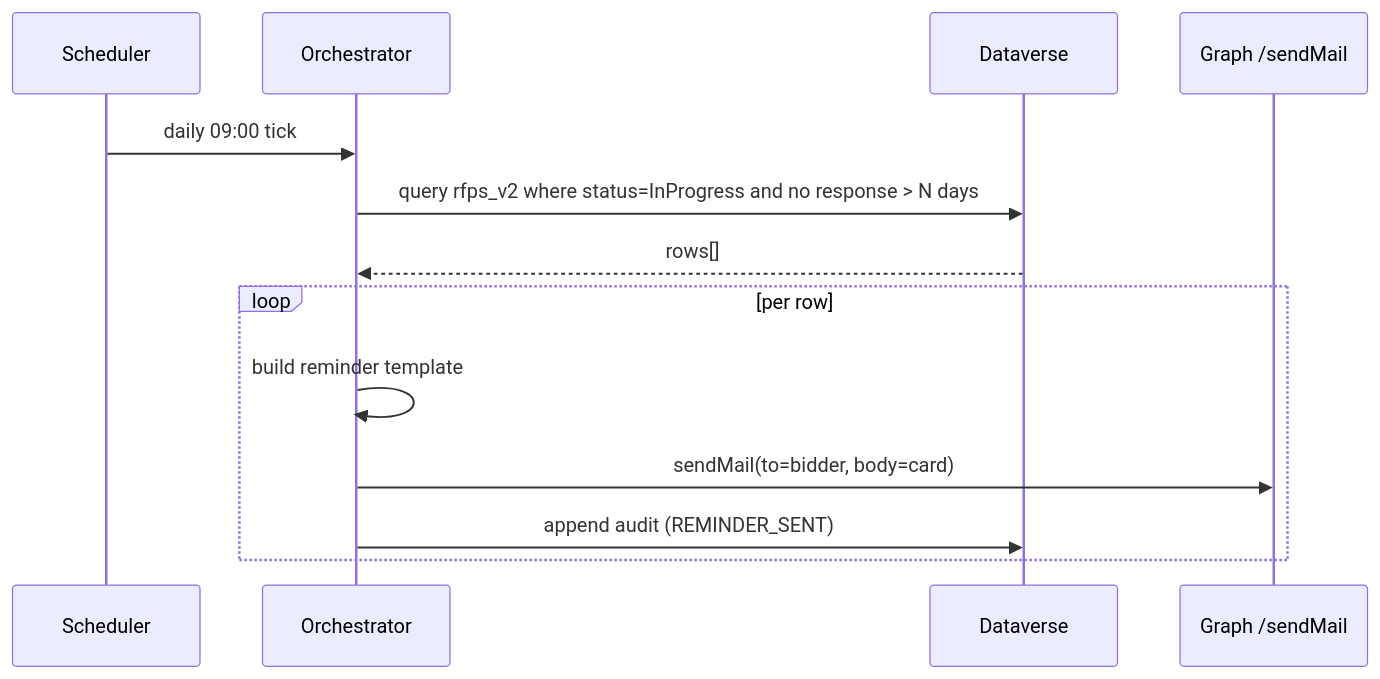
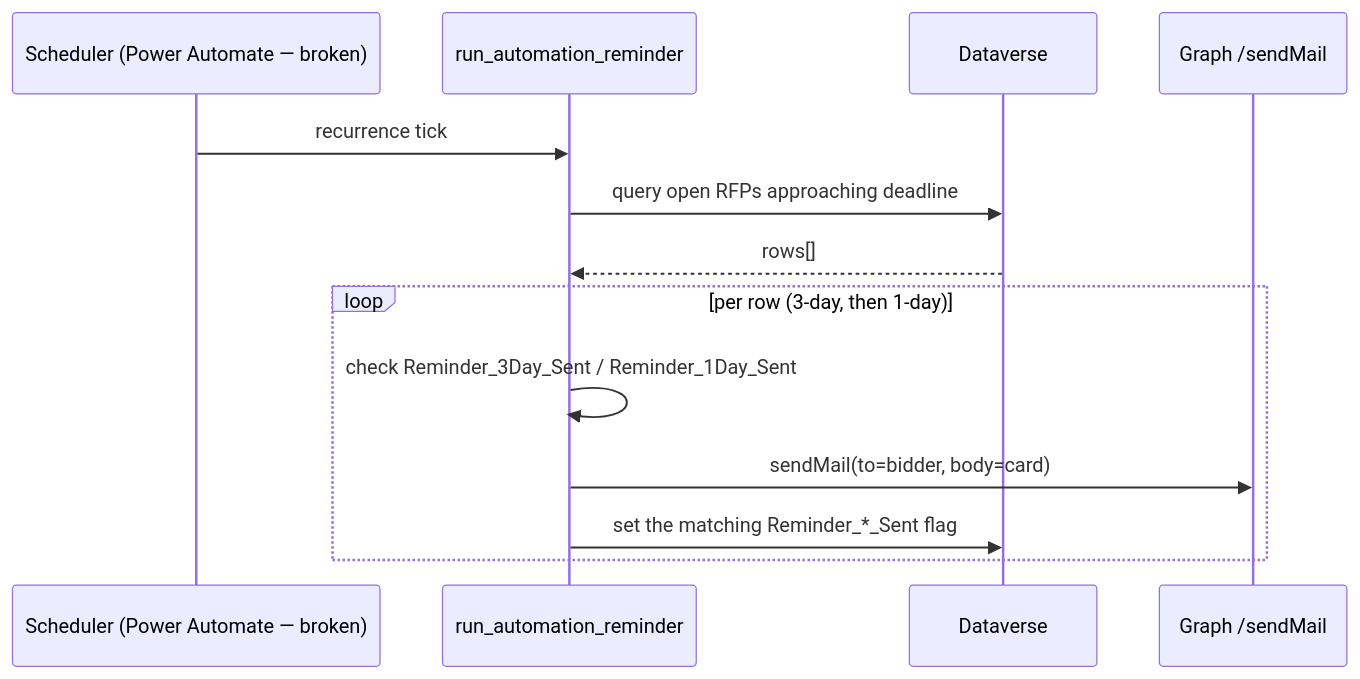
The sixth of 8 diagrams in docs/02-architecture/05-HLD-High-Level-Design.md (ManishDyna/RFP-Automation), drawn with Mermaid before and after one commit. The commit also changed other lines of this file and 24 other files, not shown here.

````diff
--- a/docs/02-architecture/05-HLD-High-Level-Design.md
+++ b/docs/02-architecture/05-HLD-High-Level-Design.md
@@ -191,16 +222,16 @@
 ```mermaid
 sequenceDiagram
-    participant S as Scheduler
-    participant O as Orchestrator
+    participant S as Scheduler (Power Automate — broken)
+    participant O as run_automation_reminder
     participant DV as Dataverse
     participant G as Graph /sendMail
 
-    S->>O: daily 09:00 tick
-    O->>DV: query rfps_v2 where status=InProgress and no response > N days
+    S->>O: recurrence tick
+    O->>DV: query open RFPs approaching deadline
     DV-->>O: rows[]
-    loop per row
-        O->>O: build reminder template
+    loop per row (3-day, then 1-day)
+        O->>O: check Reminder_3Day_Sent / Reminder_1Day_Sent
         O->>G: sendMail(to=bidder, body=card)
-        O->>DV: append audit (REMINDER_SENT)
+        O->>DV: set the matching Reminder_*_Sent flag
     end
 ```
````
